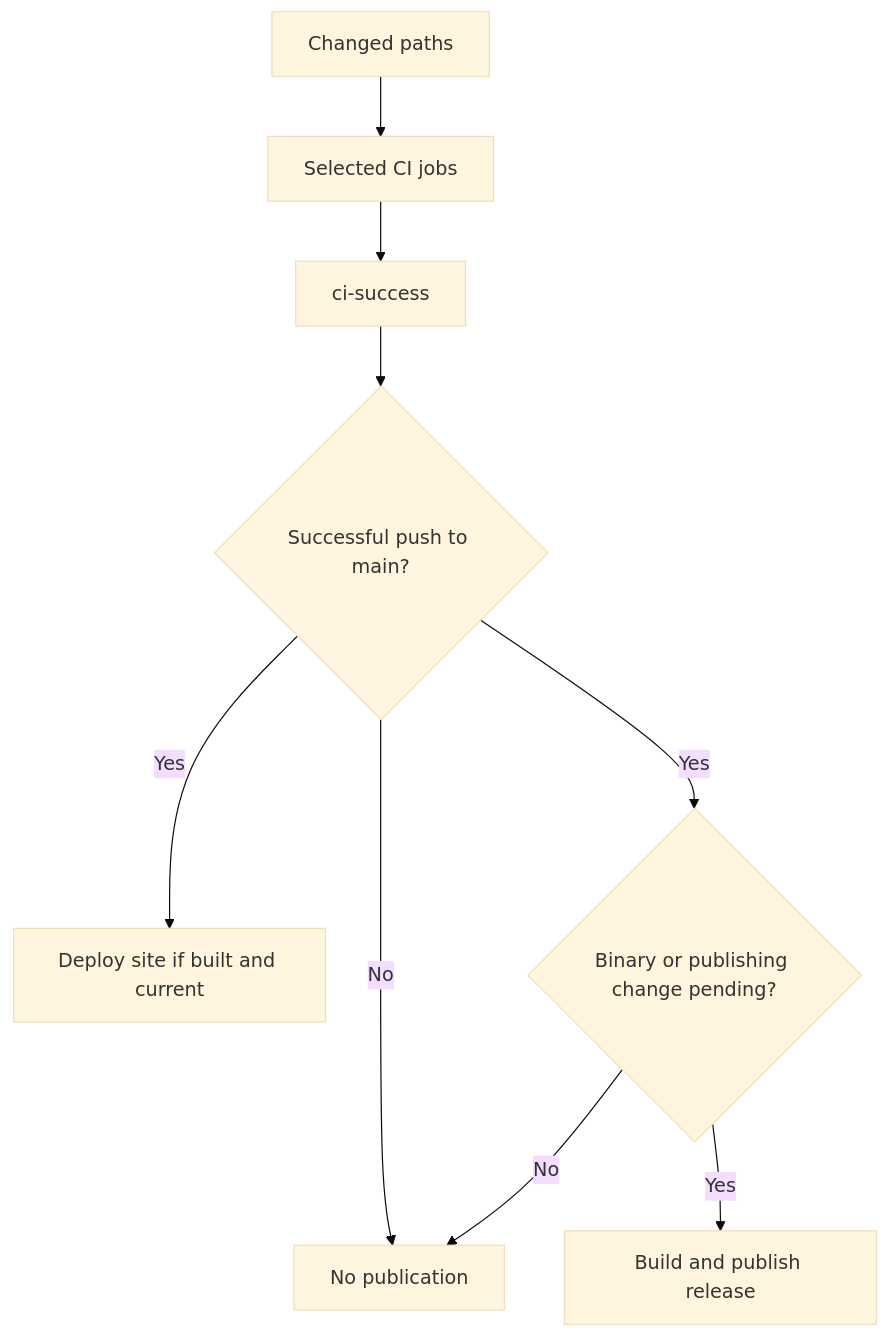
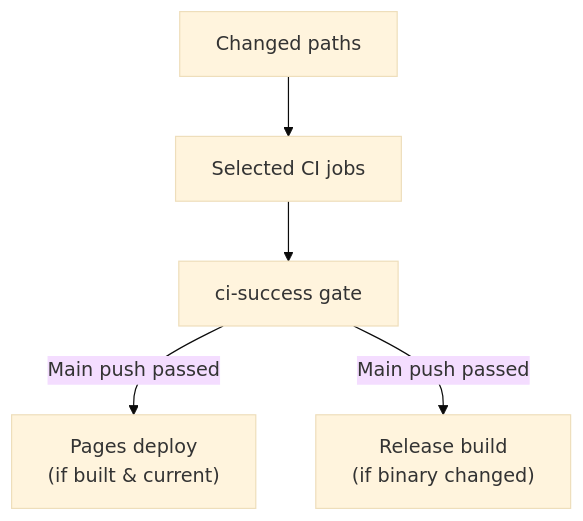
Before and after one commit to sneivandt/dotfiles: the diagram in docs/content/development/ci-and-releases.md, drawn with Mermaid (base theme). The commit also changed other lines of this file and 38 other files, not shown here.

````diff
--- a/docs/content/development/ci-and-releases.md
+++ b/docs/content/development/ci-and-releases.md
@@ -25,13 +25,9 @@
 ```mermaid
 flowchart TB
     accTitle: CI gates documentation and binary publication separately
     accDescr: Changed paths select CI jobs. After successful same-repository push CI on main, Pages deploys a built site only while its commit is current. Release selection separately checks for pending binary or publishing changes.
     Changes["Changed paths"] --> Jobs["Selected CI jobs"]
-    Jobs --> Gate["ci-success"]
-    Gate --> Push{"Successful push to main?"}
-    Push -- No --> Done["No publication"]
-    Push -- Yes --> Docs["Deploy site if built and current"]
-    Push -- Yes --> Select{"Binary or publishing change pending?"}
-    Select -- Yes --> Release["Build and publish release"]
-    Select -- No --> Done
+    Jobs --> Gate["ci-success gate"]
+    Gate -- "Main push passed" --> Docs["Pages deploy<br/>(if built & current)"]
+    Gate -- "Main push passed" --> Release["Release build<br/>(if binary changed)"]
 ```
````
